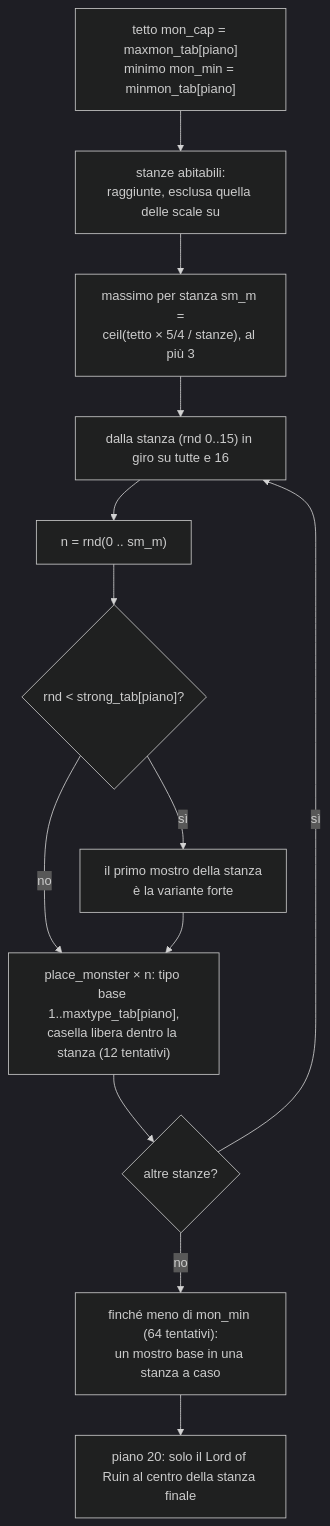
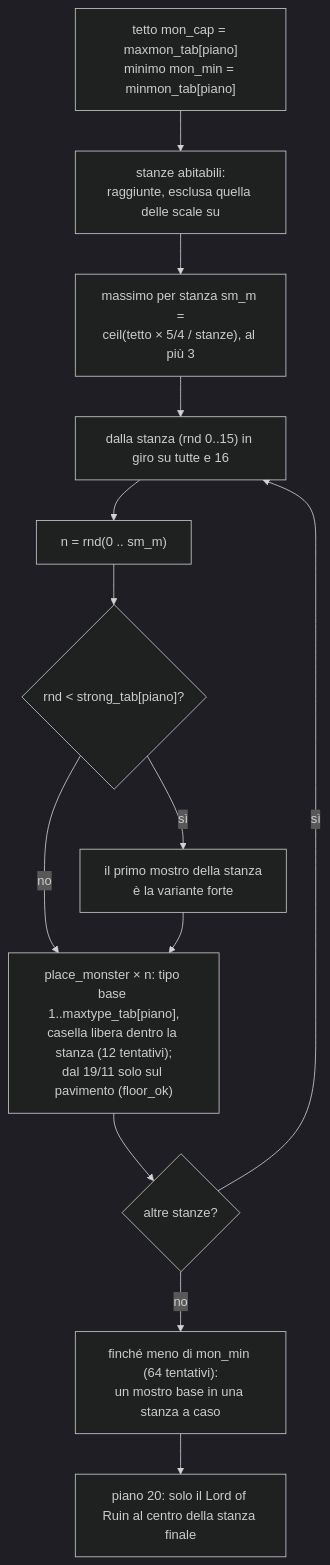
One commit to caporalesimone/barbarian-the-blood-path changed the first of 2 diagrams in docs/wiki/mostri.md. Above: the diagram before and after it, drawn with Mermaid (dark theme). The commit also changed 17 other files, not shown here.

First line of the commit message:
Cittadella (capitolo 4, prototipo) e mostri solo sul pavimento

````diff
--- a/docs/wiki/mostri.md
+++ b/docs/wiki/mostri.md
@@ -55,15 +55,15 @@
 ```mermaid
 flowchart TD
     A["tetto mon_cap = maxmon_tab[piano]<br/>minimo mon_min = minmon_tab[piano]"] --> B["stanze abitabili:<br/>raggiunte, esclusa quella delle scale su"]
     B --> C["massimo per stanza sm_m =<br/>ceil(tetto × 5/4 / stanze), al più 3"]
     C --> D["dalla stanza (rnd 0..15) in giro su tutte e 16"]
     D --> E["n = rnd(0 .. sm_m)"]
     E --> F{"rnd < strong_tab[piano]?"}
     F -->|sì| G["il primo mostro della stanza<br/>è la variante forte"]
     F -->|no| H
-    G --> H["place_monster × n: tipo base 1..maxtype_tab[piano],<br/>casella libera dentro la stanza (12 tentativi)"]
+    G --> H["place_monster × n: tipo base 1..maxtype_tab[piano],<br/>casella libera dentro la stanza (12 tentativi);<br/>dal 19/11 solo sul pavimento (floor_ok)"]
     H --> I{"altre stanze?"}
     I -->|sì| D
     I -->|no| J["finché meno di mon_min (64 tentativi):<br/>un mostro base in una stanza a caso"]
     J --> K["piano 20: solo il Lord of Ruin al centro della stanza finale"]
 ```
````
